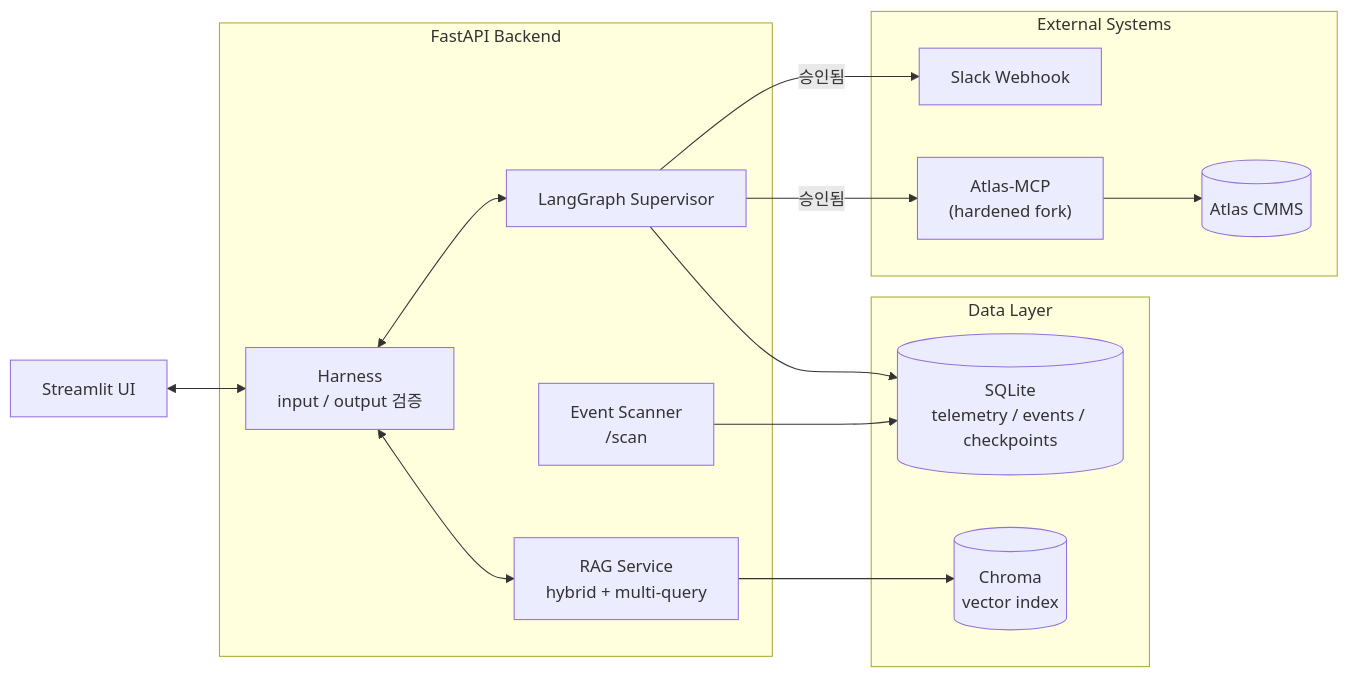
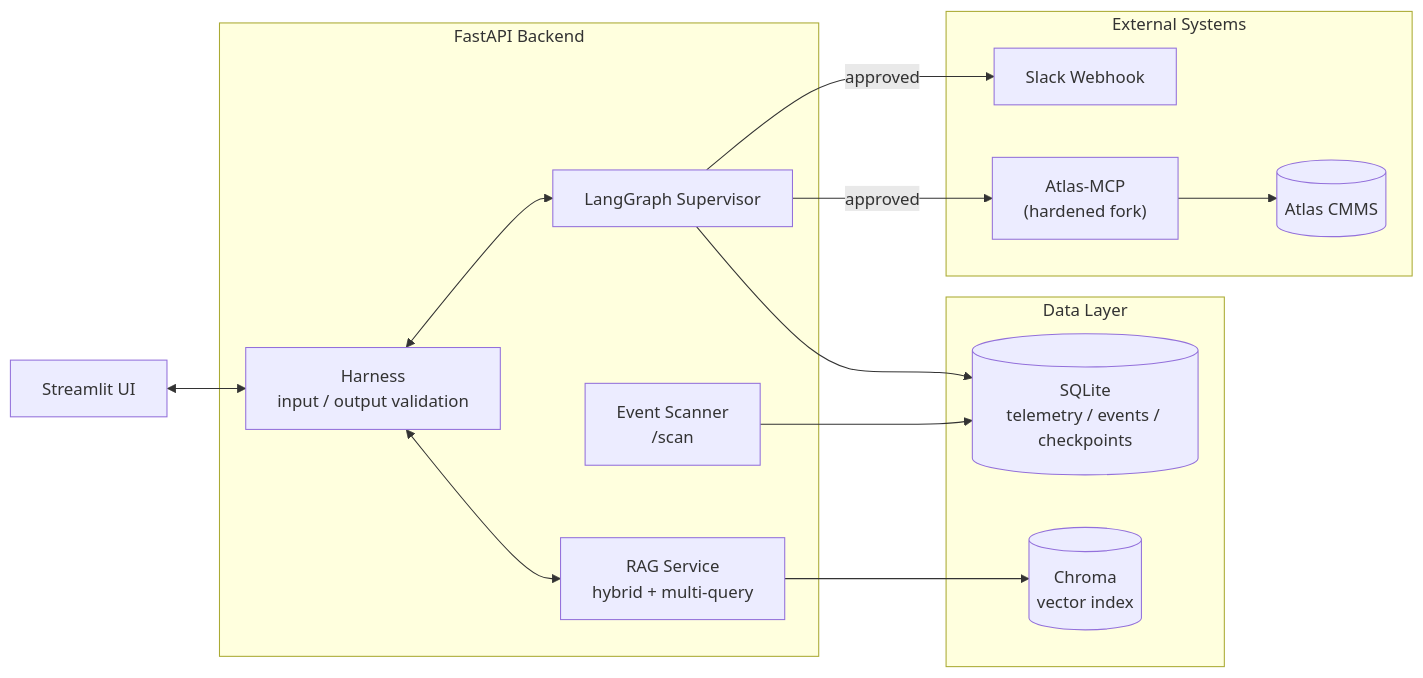
Before and after one commit to surplus96/uptime-copilot: the first of 2 diagrams in docs/PORTFOLIO.md, drawn with Mermaid. The commit also changed other lines of this file and 3 other files, not shown here.

````diff
--- a/docs/PORTFOLIO.md
+++ b/docs/PORTFOLIO.md
@@ -35,29 +41,29 @@
 ```mermaid
 flowchart LR
     UI["Streamlit UI"]
     subgraph BE["FastAPI Backend"]
-        HN["Harness<br/>input / output 검증"]
+        HN["Harness<br/>input / output validation"]
         SV["LangGraph Supervisor"]
         RS["RAG Service<br/>hybrid + multi-query"]
         SC["Event Scanner<br/>/scan"]
     end
     subgraph DL["Data Layer"]
         DB[("SQLite<br/>telemetry / events / checkpoints")]
         VS[("Chroma<br/>vector index")]
     end
     subgraph EX["External Systems"]
         SL["Slack Webhook"]
         MC["Atlas-MCP<br/>(hardened fork)"]
         CM[("Atlas CMMS")]
     end
 
     UI <--> HN
     HN <--> SV
     HN <--> RS
     SV --> DB
     SC --> DB
     RS --> VS
-    SV -- "승인됨" --> SL
-    SV -- "승인됨" --> MC
+    SV -- "approved" --> SL
+    SV -- "approved" --> MC
     MC --> CM
 ```
````
